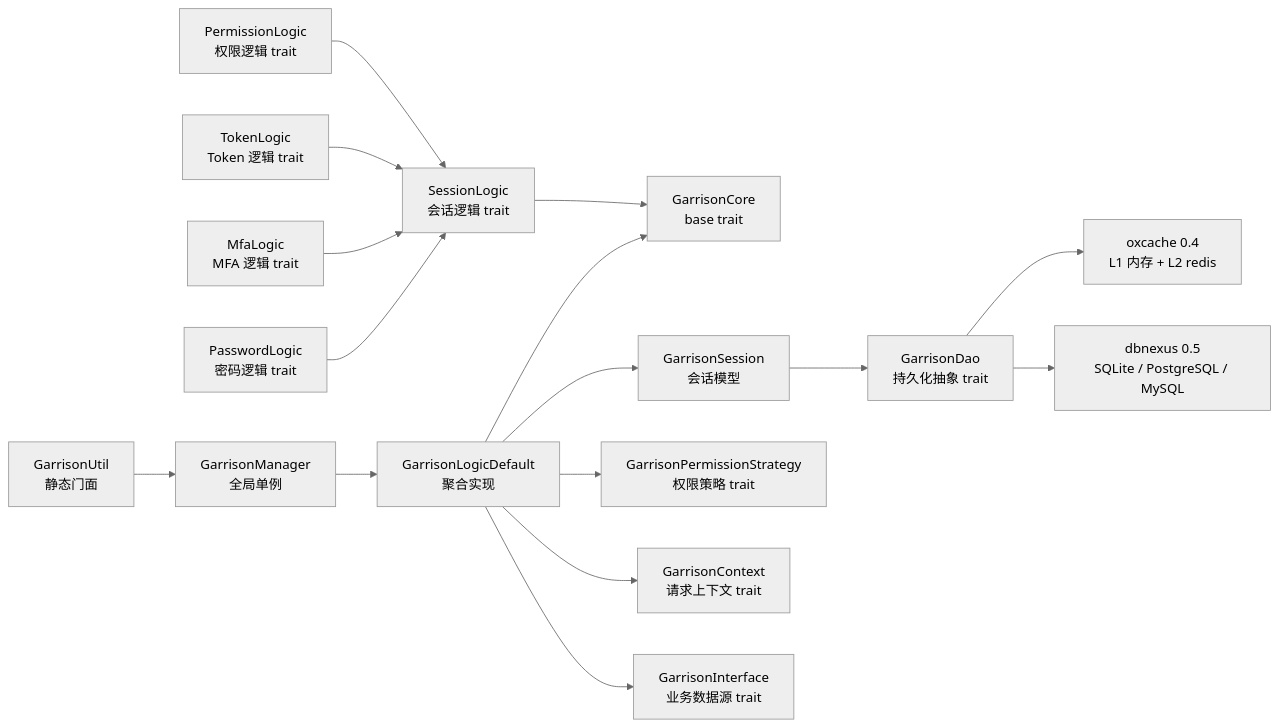
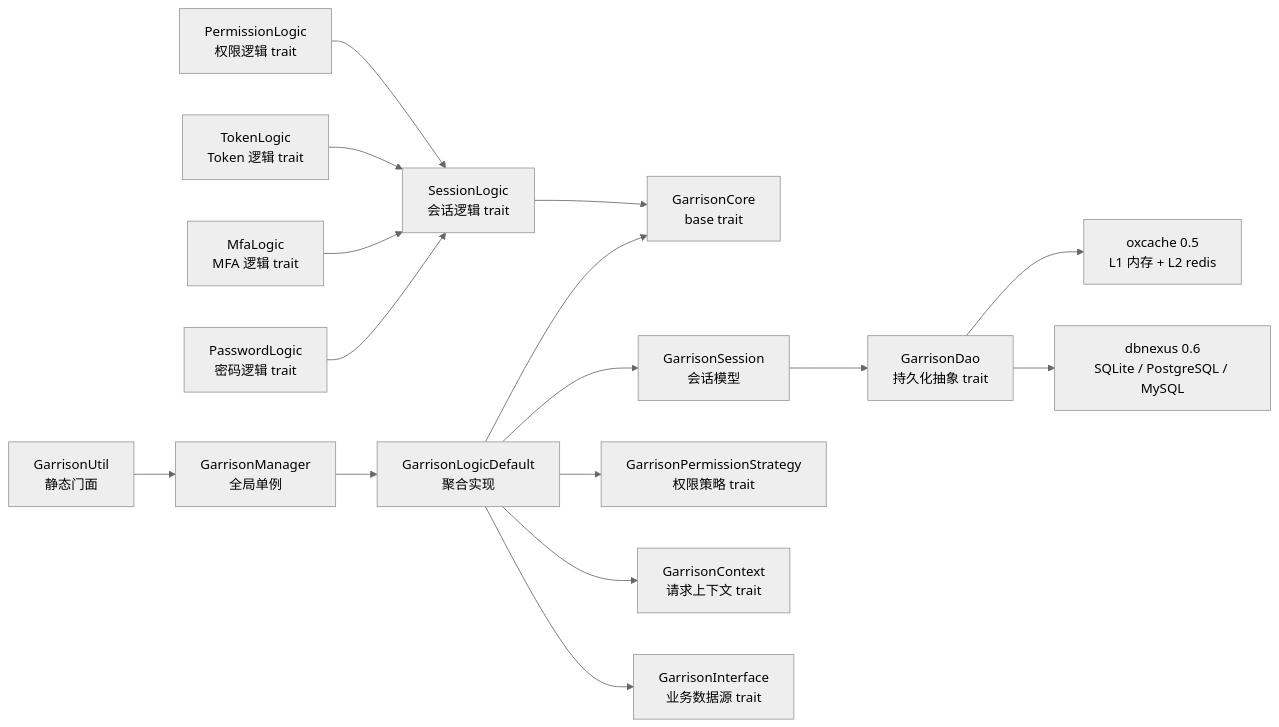
One commit to Kirky-X/garrison changed the second of 3 diagrams in docs/ARCHITECTURE.md. Above: the diagram before and after it, drawn with Mermaid (neutral theme). The commit also changed other lines of this file and 15 other files, not shown here.

````diff
--- a/docs/ARCHITECTURE.md
+++ b/docs/ARCHITECTURE.md
@@ -205,32 +205,32 @@
 ```mermaid
 graph LR
     BC[GarrisonCore<br/>base trait]
     SL[SessionLogic<br/>会话逻辑 trait]
     PL[PermissionLogic<br/>权限逻辑 trait]
     TL[TokenLogic<br/>Token 逻辑 trait]
     ML[MfaLogic<br/>MFA 逻辑 trait]
     PWL[PasswordLogic<br/>密码逻辑 trait]
     BI[GarrisonInterface<br/>业务数据源 trait]
     BD[GarrisonDao<br/>持久化抽象 trait]
     BS[GarrisonSession<br/>会话模型]
     BCtx[GarrisonContext<br/>请求上下文 trait]
     BFS[GarrisonPermissionStrategy<br/>权限策略 trait]
     BM[GarrisonManager<br/>全局单例]
     BU[GarrisonUtil<br/>静态门面]
 
     BU --> BM
     BM --> BLD[GarrisonLogicDefault<br/>聚合实现]
     BLD --> BC
     SL --> BC
     PL --> SL
     TL --> SL
     ML --> SL
     PWL --> SL
     BLD --> BS
     BLD --> BFS
     BLD --> BCtx
     BS --> BD
     BLD --> BI
-    BD --> oxcache[oxcache 0.4<br/>L1 内存 + L2 redis]
-    BD --> dbnexus[dbnexus 0.5<br/>SQLite / PostgreSQL / MySQL]
+    BD --> oxcache[oxcache 0.5<br/>L1 内存 + L2 redis]
+    BD --> dbnexus[dbnexus 0.6<br/>SQLite / PostgreSQL / MySQL]
 ```
````
